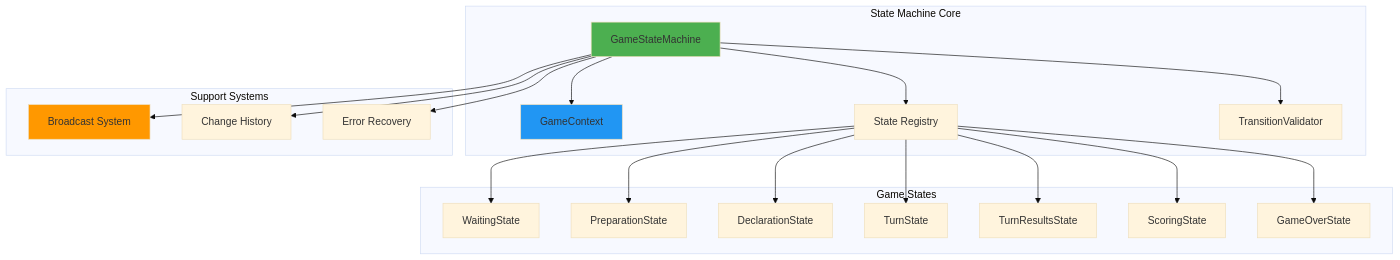
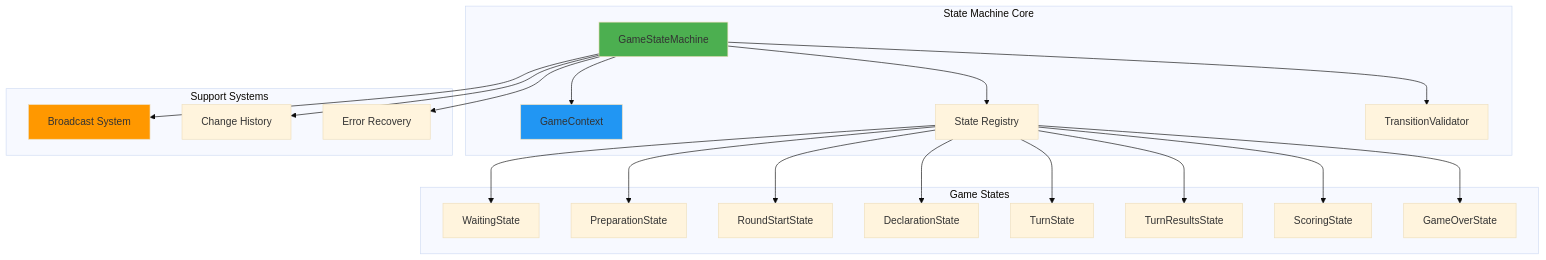
One commit to andynenth/tui-backend changed the first of 3 diagrams in docs/02-flow-traces/STATE_TRANSITIONS.md. Above: the diagram before and after it, drawn with Mermaid (base theme). The commit also changed other lines of this file and 9 other files, not shown here.

````diff
--- a/docs/02-flow-traces/STATE_TRANSITIONS.md
+++ b/docs/02-flow-traces/STATE_TRANSITIONS.md
@@ -29,45 +29,47 @@
 ```mermaid
 graph TB
     subgraph "State Machine Core"
         GSM[GameStateMachine]
         Context[GameContext]
         States[State Registry]
         Validator[TransitionValidator]
     end
 
     subgraph "Game States"
         W[WaitingState]
         P[PreparationState]
+        RS[RoundStartState]
         D[DeclarationState]
         T[TurnState]
         TR[TurnResultsState]
         S[ScoringState]
         GO[GameOverState]
     end
 
     subgraph "Support Systems"
         BC[Broadcast System]
         CH[Change History]
         ER[Error Recovery]
     end
 
     GSM --> States
     GSM --> Context
     GSM --> Validator
 
     States --> W
     States --> P
+    States --> RS
     States --> D
     States --> T
     States --> TR
     States --> S
     States --> GO
 
     GSM --> BC
     GSM --> CH
     GSM --> ER
 
     style GSM fill:#4CAF50
     style Context fill:#2196F3
     style BC fill:#FF9800
 ```
````
